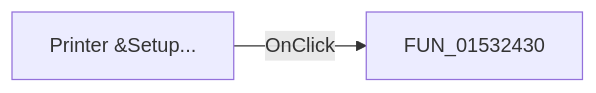
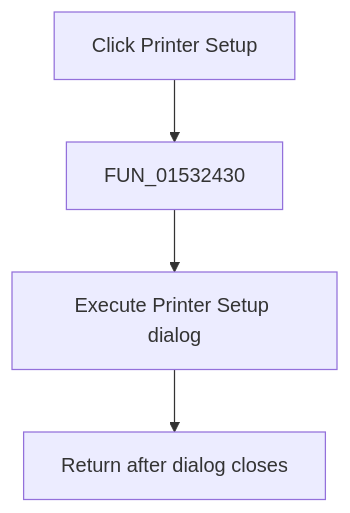
The diagram in docs/ui-controls/netlisteditor/miprintersetup-eab111bf54.md (MovGP0/TIARA), drawn with Mermaid before and after one commit. The commit also changed other lines of this file and 1062 other files, not shown here.

````diff
--- a/docs/ui-controls/netlisteditor/miprintersetup-eab111bf54.md
+++ b/docs/ui-controls/netlisteditor/miprintersetup-eab111bf54.md
@@ -27,4 +29,6 @@
 ```mermaid
-flowchart LR
-    control["Printer &Setup..."] -->|OnClick| handler["FUN_01532430"]
+flowchart TD
+    control["Click Printer Setup"] --> handler["FUN_01532430"]
+    handler --> dialog["Execute Printer Setup dialog"]
+    dialog --> done["Return after dialog closes"]
 ```
````
